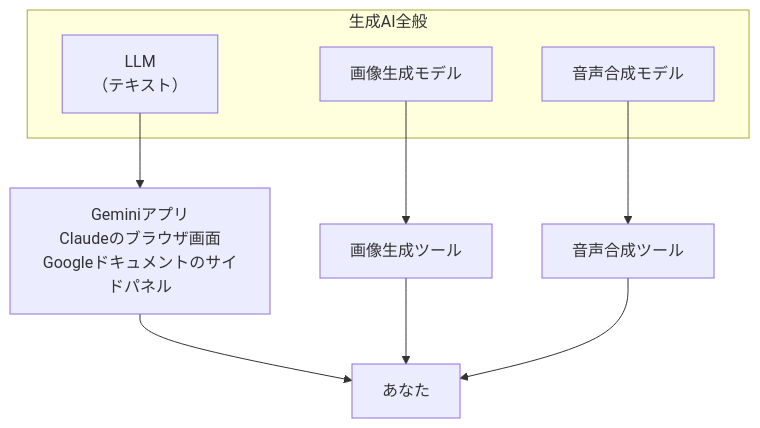
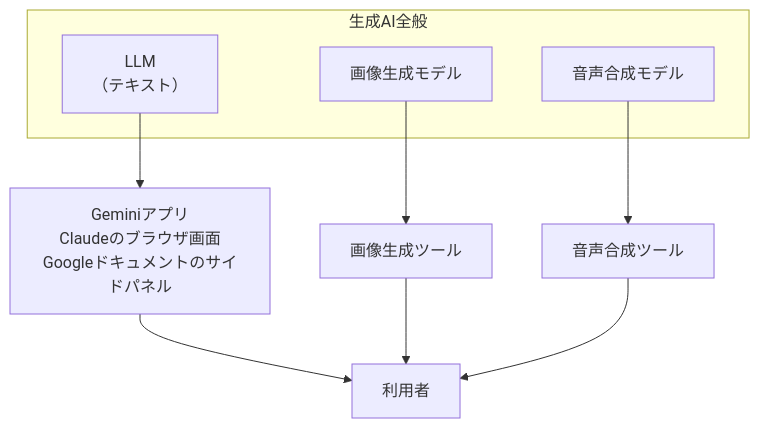
One commit to ma2saka/docs-claude-sample changed the second of 3 diagrams in docs/02-what-is-generative-ai.md. Above: the diagram before and after it, drawn with Mermaid. The commit also changed other lines of this file, not shown here.

````diff
--- a/docs/02-what-is-generative-ai.md
+++ b/docs/02-what-is-generative-ai.md
@@ -53,14 +49,14 @@
 ```mermaid
 flowchart TB
     subgraph 生成AI全般
         T["LLM<br/>（テキスト）"]
         I["画像生成モデル"]
         S["音声合成モデル"]
     end
     T --> U1["Geminiアプリ<br/>Claudeのブラウザ画面<br/>Googleドキュメントのサイドパネル"]
     I --> U2["画像生成ツール"]
     S --> U3["音声合成ツール"]
-    U1 --> H["あなた"]
+    U1 --> H["利用者"]
     U2 --> H
     U3 --> H
 ```
````
